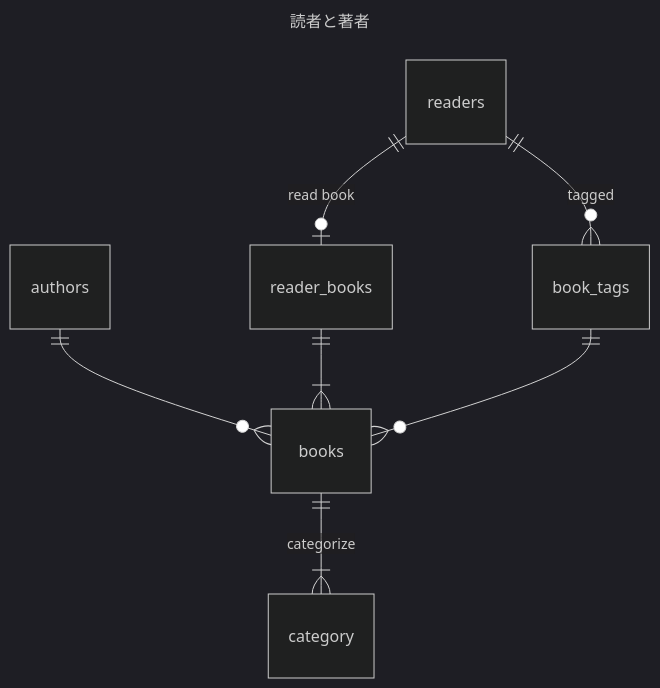
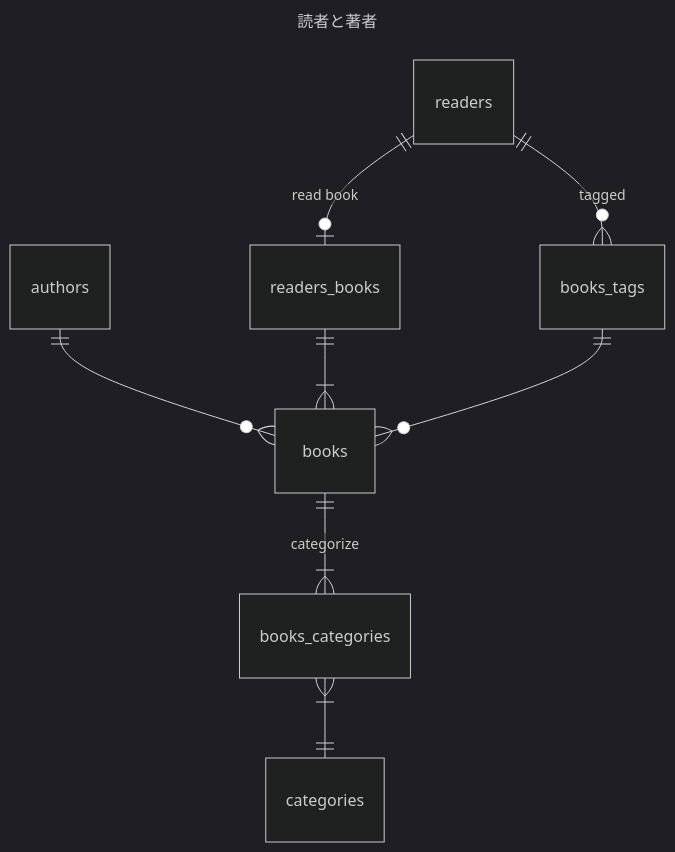
One commit to hachi-eiji/sandbox-rails changed the diagram in README.md. Above: the diagram before and after it, drawn with Mermaid (dark theme).

````diff
--- a/README.md
+++ b/README.md
@@ -8,12 +8,13 @@
 ```mermaid
 ---
 title: 読者と著者
 ---
 erDiagram
     authors ||--o{ books: ""
-    readers ||--o| reader_books: "read book"
-    reader_books ||--|{ books: ""
-    readers ||--o{ book_tags: "tagged"
-    book_tags ||--o{ books: ""
-    books ||--|{ category: "categorize"
+    readers ||--o| readers_books: "read book"
+    readers_books ||--|{ books: ""
+    readers ||--o{ books_tags: "tagged"
+    books_tags ||--o{ books: ""
+    books ||--|{ books_categories: "categorize"
+    books_categories }|--||categories: ""
 ```
````
